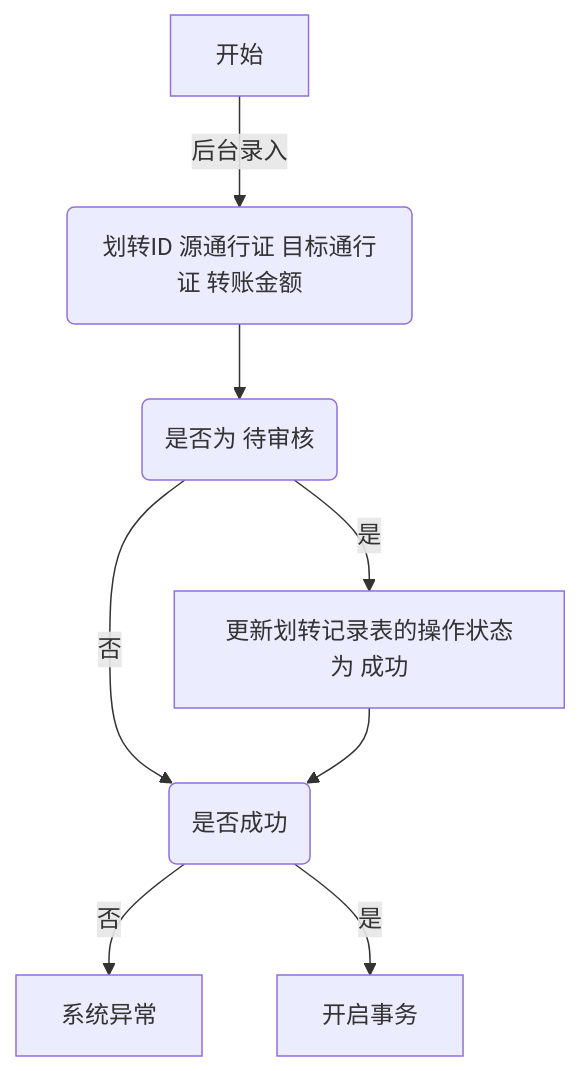
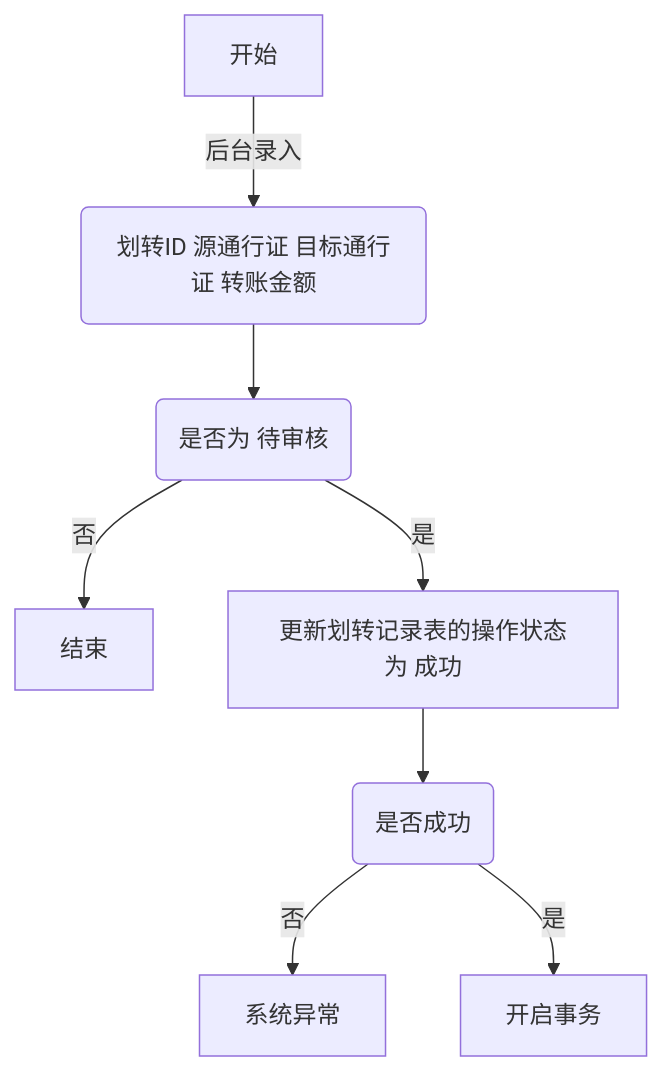
Before and after one commit to ma-luyang/shimobang: the diagram in README.md, drawn with Mermaid.

````diff
--- a/README.md
+++ b/README.md
@@ -3,10 +3,10 @@
 ```mermaid
 flowchart TD
     A[开始] -->|后台录入| B(划转ID 源通行证 目标通行证 转账金额)
     B --> C(是否为 待审核);
-    C -->|否|E[结束];
+    C -->|否|Z[结束];
     C -->|是|D[更新划转记录表的操作状态为 成功];
     D --> E(是否成功);
-    E -->|否|F[系统异常];
+    E -->|否|X[系统异常];
     E -->|是|G[开启事务];
 ```
````
